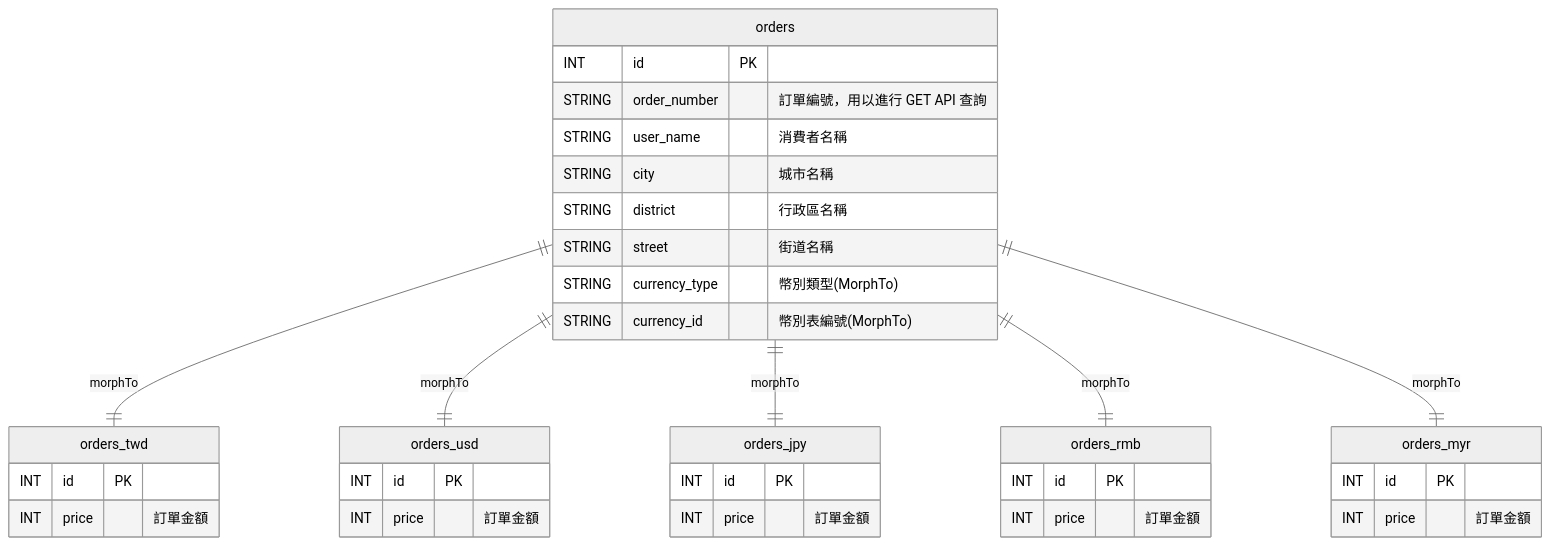
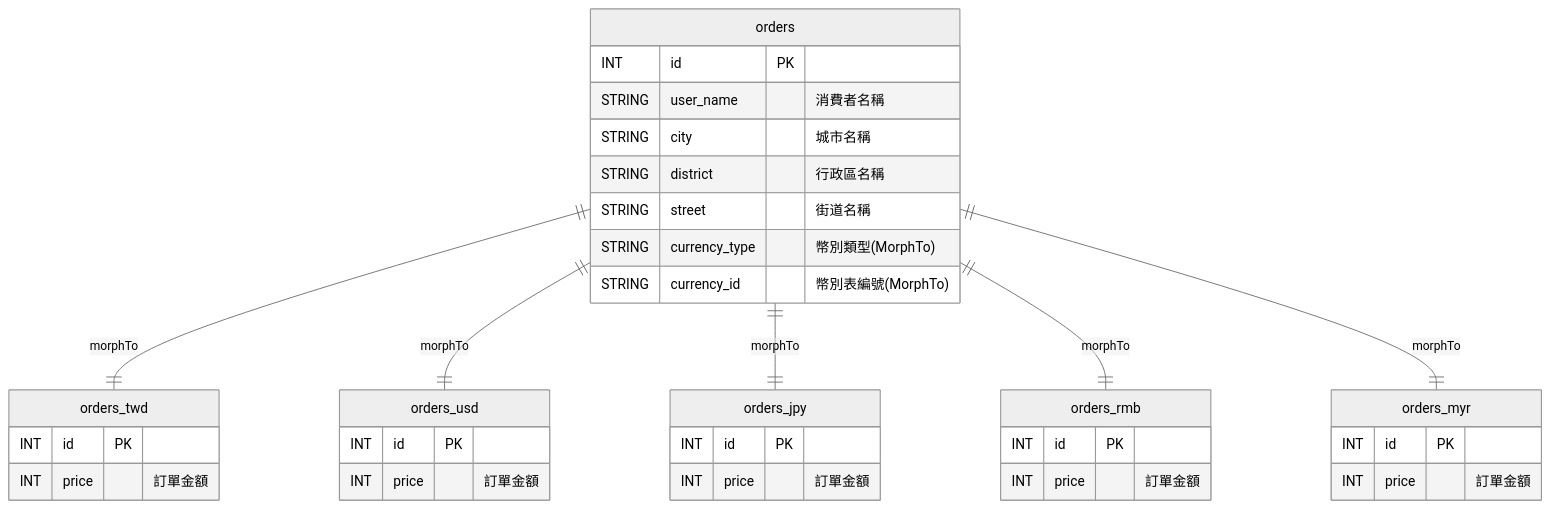
Before and after one commit to KOEI5113/interview-homework: the diagram in README.md, drawn with Mermaid (neutral theme). The commit also changed other lines of this file and 7 other files, not shown here.

````diff
--- a/README.md
+++ b/README.md
@@ -41,45 +51,44 @@
 ```mermaid
 erDiagram
 
 orders ||--|| orders_twd : morphTo
 orders ||--|| orders_usd : morphTo
 orders ||--|| orders_jpy : morphTo
 orders ||--|| orders_rmb : morphTo
 orders ||--|| orders_myr : morphTo
 
 orders {
   INT id PK
-  STRING order_number "訂單編號，用以進行 GET API 查詢"
   STRING user_name "消費者名稱"
   STRING city "城市名稱"
   STRING district "行政區名稱"
   STRING street "街道名稱"
   STRING currency_type "幣別類型(MorphTo)"
   STRING currency_id "幣別表編號(MorphTo)"
 }
 
 orders_twd {
   INT id PK
   INT price "訂單金額"
 }
 
 orders_usd {
   INT id PK
   INT price "訂單金額"
 }
 
 orders_jpy {
   INT id PK
   INT price "訂單金額"
 }
 
 orders_rmb {
   INT id PK
   INT price "訂單金額"
 }
 
 orders_myr {
   INT id PK
   INT price "訂單金額"
 }
 ```
````
